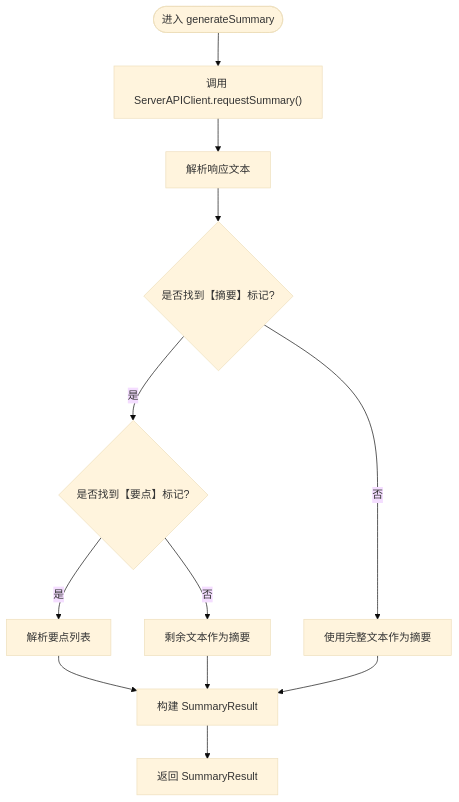
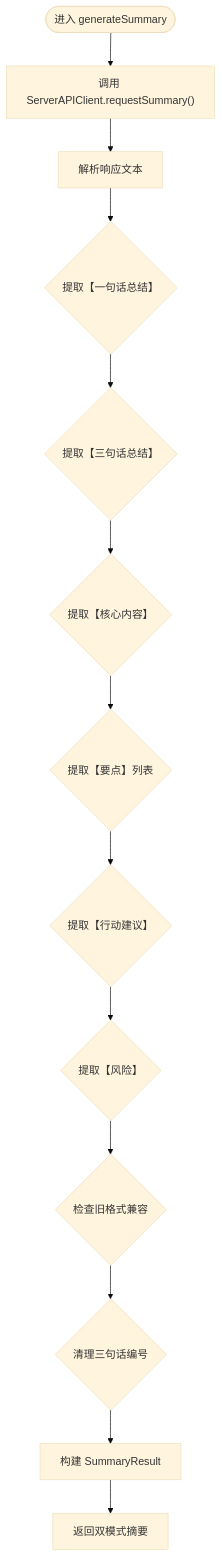
Before and after one commit to Primoguo/VoiceReader: the third of 7 diagrams in .qoder/repowiki/zh/content/架构设计/服务层设计/AI 摘要生成服务.md, drawn with Mermaid (base theme). The commit also changed other lines of this file and 92 other files, not shown here.

````diff
--- a/.qoder/repowiki/zh/content/架构设计/服务层设计/AI 摘要生成服务.md
+++ b/.qoder/repowiki/zh/content/架构设计/服务层设计/AI 摘要生成服务.md
@@ -137,14 +141,15 @@
 ```mermaid
 flowchart TD
 Start(["进入 generateSummary"]) --> CallClient["调用 ServerAPIClient.requestSummary()"]
 CallClient --> ParseText["解析响应文本"]
-ParseText --> ExtractSummary{"是否找到【摘要】标记?"}
-ExtractSummary -- "是" --> ExtractPoints{"是否找到【要点】标记?"}
-ExtractSummary -- "否" --> UseFullText["使用完整文本作为摘要"]
-ExtractPoints -- "是" --> ParsePoints["解析要点列表"]
-ExtractPoints -- "否" --> UseAsSummary["剩余文本作为摘要"]
-ParsePoints --> BuildResult["构建 SummaryResult"]
-UseFullText --> BuildResult
-UseAsSummary --> BuildResult
-BuildResult --> ReturnResult["返回 SummaryResult"]
+ParseText --> ExtractOneLiner{"提取【一句话总结】"}
+ExtractOneLiner --> ExtractThreeLines{"提取【三句话总结】"}
+ExtractThreeLines --> ExtractCore{"提取【核心内容】"}
+ExtractCore --> ExtractKeyPoints{"提取【要点】列表"}
+ExtractKeyPoints --> ExtractActions{"提取【行动建议】"}
+ExtractActions --> ExtractRisks{"提取【风险】"}
+ExtractRisks --> CheckLegacy{"检查旧格式兼容"}
+CheckLegacy --> CleanThreeLines{"清理三句话编号"}
+CleanThreeLines --> BuildResult["构建 SummaryResult"]
+BuildResult --> ReturnResult["返回双模式摘要"]
 ```
````
